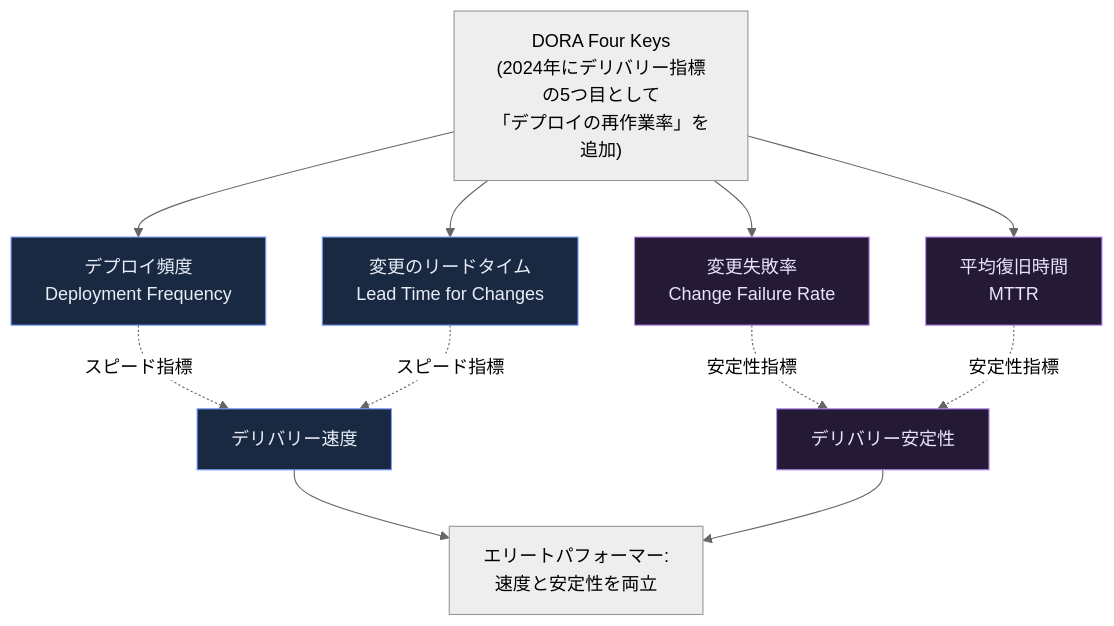
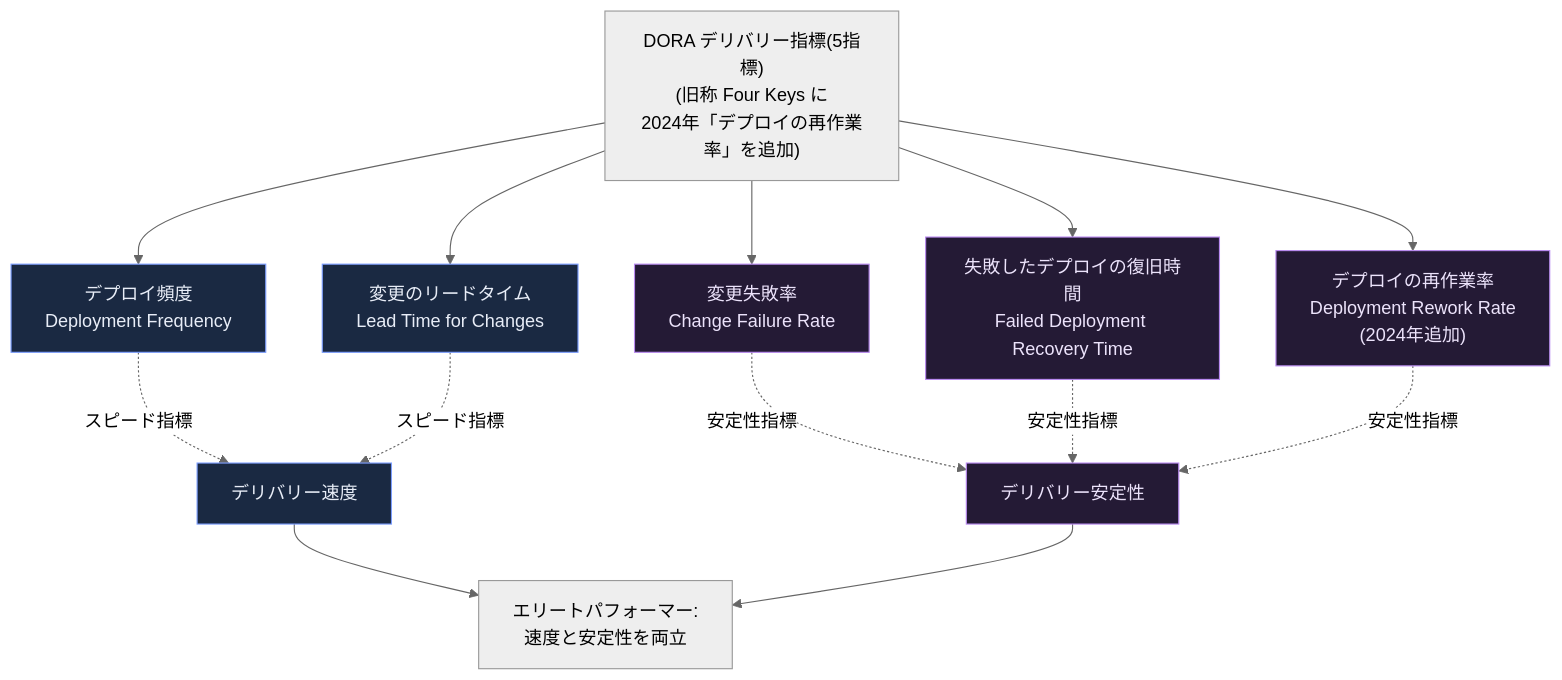
Before and after one commit to myoshi2891/Cloud-Infrastructure-Studies: the third of 26 diagrams in Infrastructure-as-code-guide.md, drawn with Mermaid (neutral theme). The commit also changed other lines of this file, not shown here.

````diff
--- a/Infrastructure-as-code-guide.md
+++ b/Infrastructure-as-code-guide.md
@@ -108,21 +108,23 @@
 ```mermaid
 flowchart TB
-    DORA["DORA Four Keys<br/>(2024年にデリバリー指標の5つ目として<br/>「デプロイの再作業率」を追加)"]
+    DORA["DORA デリバリー指標(5指標)<br/>(旧称 Four Keys に<br/>2024年「デプロイの再作業率」を追加)"]
     DORA --> D1["デプロイ頻度<br/>Deployment Frequency"]
     DORA --> D2["変更のリードタイム<br/>Lead Time for Changes"]
     DORA --> D3["変更失敗率<br/>Change Failure Rate"]
-    DORA --> D4["平均復旧時間<br/>MTTR"]
+    DORA --> D4["失敗したデプロイの復旧時間<br/>Failed Deployment Recovery Time"]
+    DORA --> D5["デプロイの再作業率<br/>Deployment Rework Rate<br/>(2024年追加)"]
 
     D1 -.スピード指標.-> Speed["デリバリー速度"]
     D2 -.スピード指標.-> Speed
     D3 -.安定性指標.-> Stable["デリバリー安定性"]
     D4 -.安定性指標.-> Stable
+    D5 -.安定性指標.-> Stable
 
     Speed --> Elite["エリートパフォーマー:<br/>速度と安定性を両立"]
     Stable --> Elite
 
     classDef speedStyle fill:#1a2942,stroke:#7c9eff,color:#e8edf7
     classDef stableStyle fill:#241a35,stroke:#b98af0,color:#ece3fb
     class D1,D2,Speed speedStyle
-    class D3,D4,Stable stableStyle
+    class D3,D4,D5,Stable stableStyle
 ```
````
